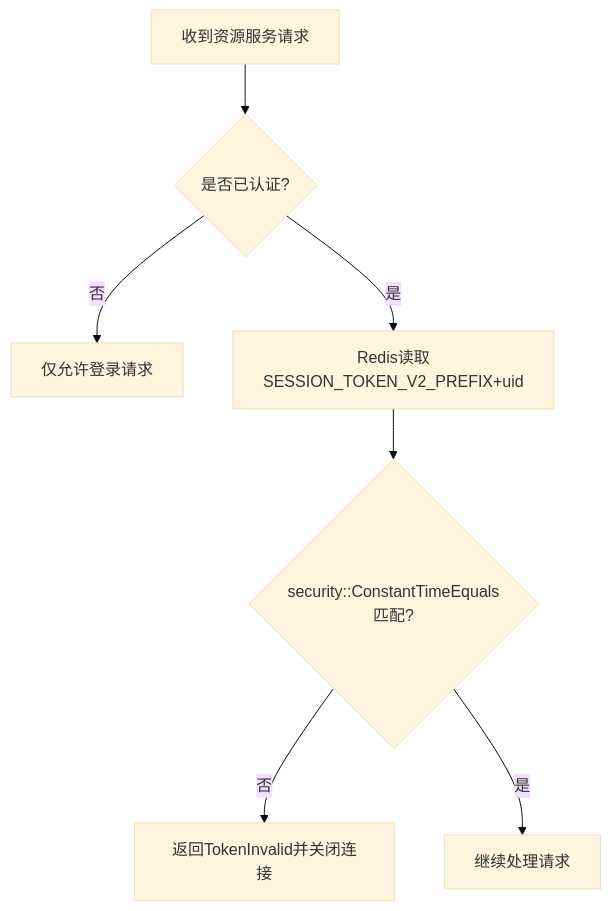
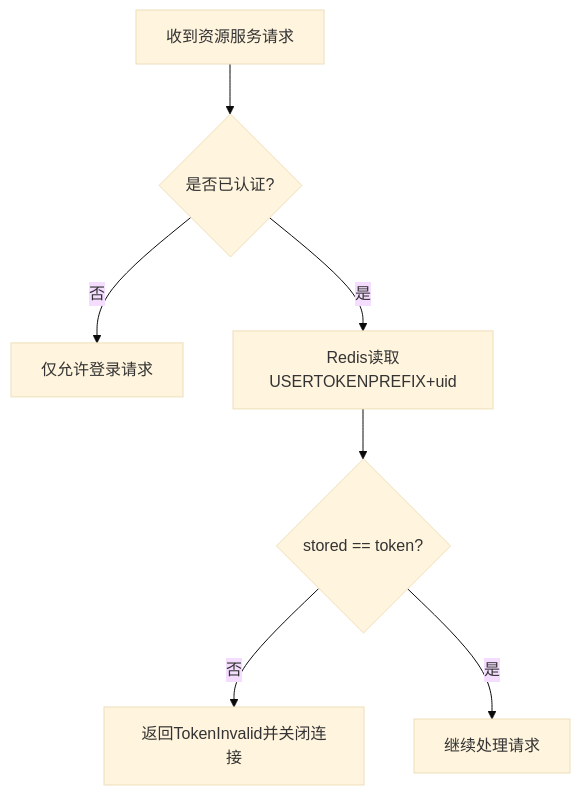
The eighth of 10 diagrams in .qoder/repowiki/zh/content/安全设计/身份认证系统/身份认证系统.md (echo9923/mychatter), drawn with Mermaid (base theme) before and after one commit. The commit also changed other lines of this file and 58 other files, not shown here.

````diff
--- a/.qoder/repowiki/zh/content/安全设计/身份认证系统/身份认证系统.md
+++ b/.qoder/repowiki/zh/content/安全设计/身份认证系统/身份认证系统.md
@@ -393,9 +348,9 @@
 ```mermaid
 flowchart TD
 A["收到资源服务请求"] --> B{"是否已认证?"}
 B --> |否| C["仅允许登录请求"]
-B --> |是| D["Redis读取SESSION_TOKEN_V2_PREFIX+uid"]
-D --> E{"security::ConstantTimeEquals匹配?"}
+B --> |是| D["Redis读取USERTOKENPREFIX+uid"]
+D --> E{"stored == token?"}
 E --> |否| F["返回TokenInvalid并关闭连接"]
 E --> |是| G["继续处理请求"]
 ```
````
